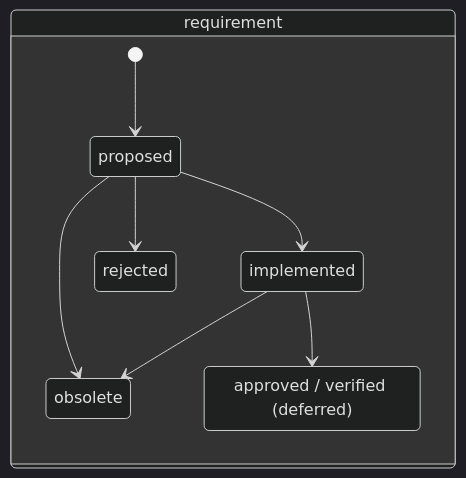
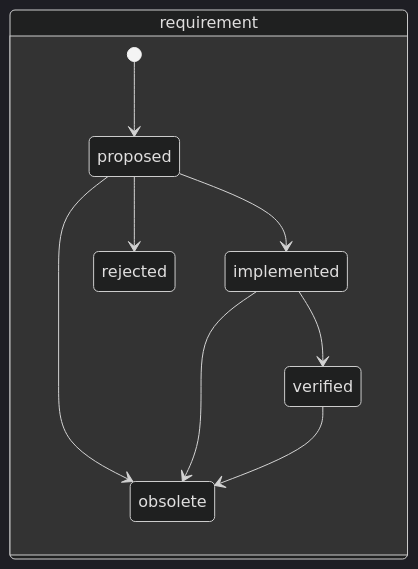
One commit to hjr15/blaze changed the first of 2 diagrams in docs/diagrams/engineering-workflows.md. Above: the diagram before and after it, drawn with Mermaid (dark theme). The commit also changed other lines of this file and 9 other files, not shown here.

````diff
--- a/docs/diagrams/engineering-workflows.md
+++ b/docs/diagrams/engineering-workflows.md
@@ -21,13 +28,13 @@
 ```mermaid
 stateDiagram-v2
     direction LR
     state "requirement" as R {
         [*] --> proposed
         proposed --> implemented
         proposed --> rejected
         proposed --> obsolete
+        implemented --> verified
         implemented --> obsolete
-        implemented --> approved_gate
-        state "approved / verified (deferred)" as approved_gate
+        verified --> obsolete
     }
 ```
````
